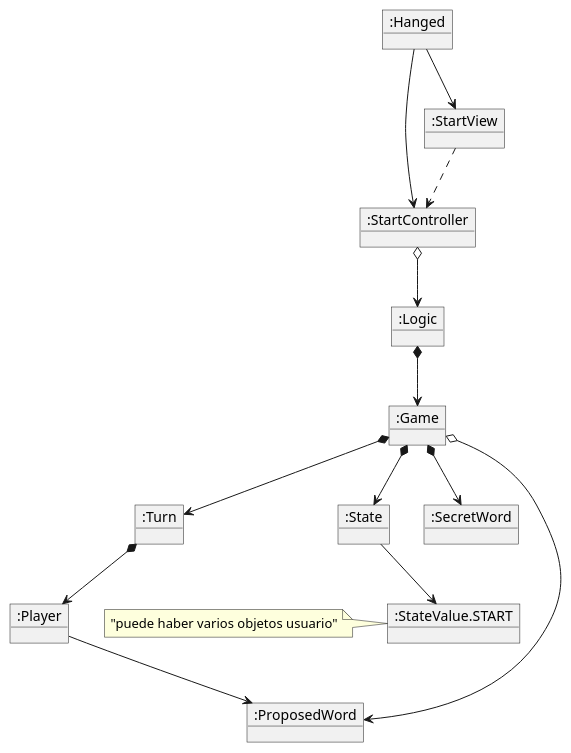
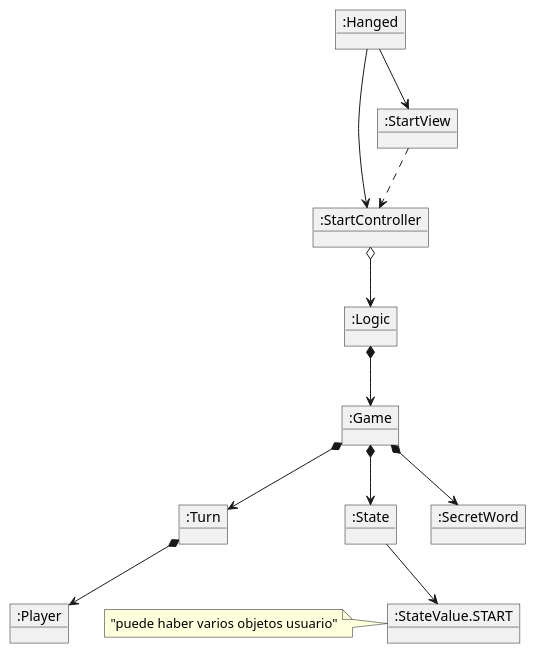
One commit to jumpering/Hanged changed the diagram in requirements/puml/InitalState.puml. Above: the diagram before and after it, drawn with PlantUML. The commit also changed 1 other file, not shown here.

```diff
--- a/requirements/puml/InitalState.puml
+++ b/requirements/puml/InitalState.puml
@@ -1,30 +1,26 @@
 @startuml
 Object ":Hanged" as Hanged
 Object ":Turn" as Turn
 Object ":StartController" as StartController
 Object ":Logic" as Logic
 Object ":Game" as Game
 Object ":State" as State
 Object ":Player" as Player
 Object ":StartView" as StartView
 Object ":SecretWord" as SecretWord
-Object ":ProposedWord" as ProposedWord
 Object ":StateValue.START" as StateValue
 
 
 
 Hanged --> StartView
 Hanged --> StartController
 StartView ..> StartController
 StartController o--> Logic
 Logic *--> Game
 Game *--> Turn
 Game *--> State
 Game *--> SecretWord
 State --> StateValue
 Turn *--> Player
 note left: "puede haber varios objetos usuario"
-Player --> ProposedWord
-Game o--> ProposedWord
-
 @enduml
```
